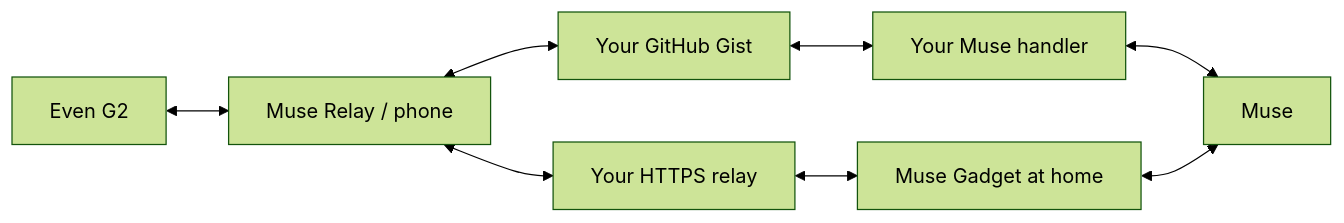
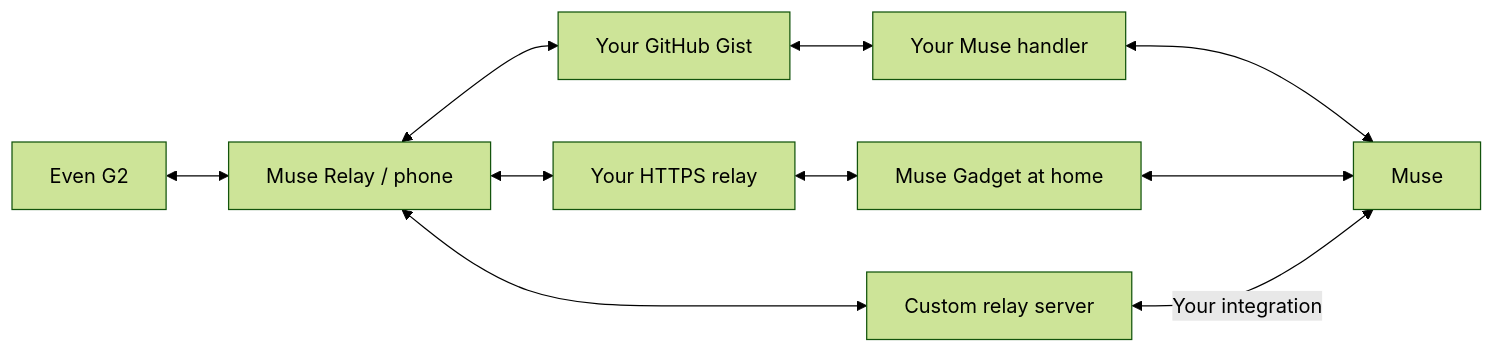
One commit to 3mintimer/muse-relay changed the diagram in README.md. Above: the diagram before and after it, drawn with Mermaid (forest theme). The commit also changed other lines of this file and 40 other files, not shown here.

Commit message:
feat: add custom HTTPS relay connections

````diff
--- a/README.md
+++ b/README.md
@@ -20,10 +21,12 @@
 ```mermaid
 flowchart LR
   G2[Even G2] <--> App[Muse Relay / phone]
   App <--> Gist[Your GitHub Gist]
   Gist <--> Handler[Your Muse handler]
   Handler <--> Muse[Muse]
   App <--> Relay[Your HTTPS relay]
   Relay <--> Gadget[Muse Gadget at home]
   Gadget <--> Muse
+  App <--> Custom[Custom relay server]
+  Custom <-->|Your integration| Muse
 ```
````
